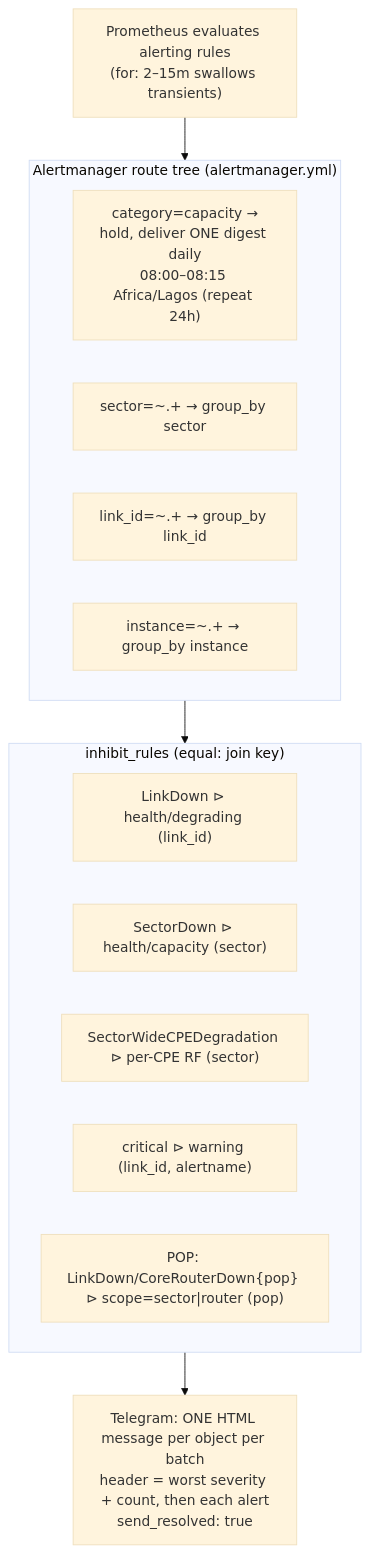
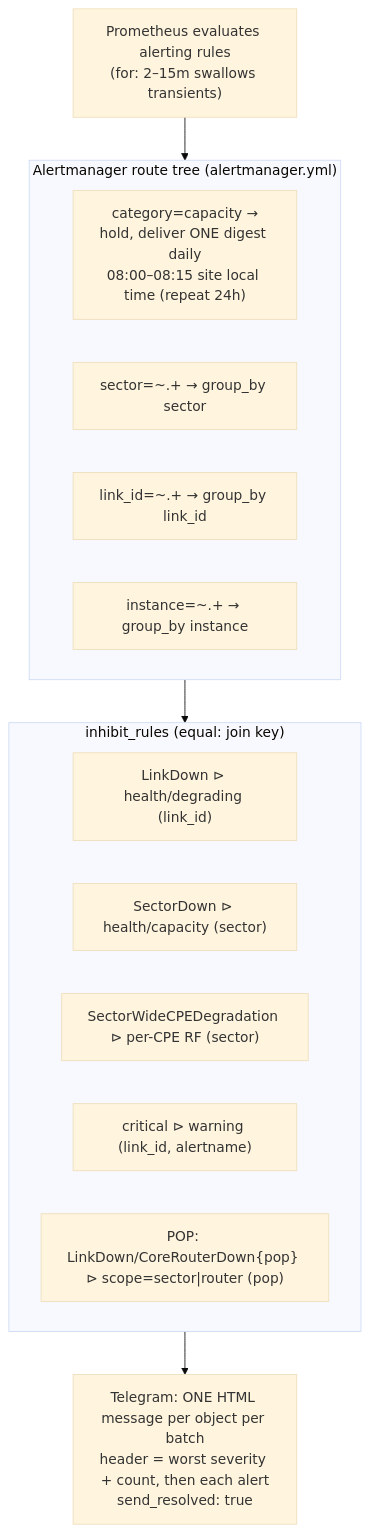
The fifth of 5 diagrams in docs/ARCHITECTURE.md (ValCee1/ISP-Observability-Platform), drawn with Mermaid (base theme) before and after one commit. The commit also changed other lines of this file and 19 other files, not shown here.

````diff
--- a/docs/ARCHITECTURE.md
+++ b/docs/ARCHITECTURE.md
@@ -232,25 +232,25 @@
 ```mermaid
 flowchart TB
     ev["Prometheus evaluates alerting rules<br/>(for: 2–15m swallows transients)"]
 
     subgraph amr["Alertmanager route tree (alertmanager.yml)"]
-        cap["category=capacity →<br/>hold, deliver ONE digest daily<br/>08:00–08:15 Africa/Lagos (repeat 24h)"]
+        cap["category=capacity →<br/>hold, deliver ONE digest daily<br/>08:00–08:15 site local time (repeat 24h)"]
         sec["sector=~.+ → group_by sector"]
         link["link_id=~.+ → group_by link_id"]
         rtr["instance=~.+ → group_by instance"]
     end
 
     subgraph inh["inhibit_rules (equal: join key)"]
         i1["LinkDown ⊳ health/degrading (link_id)"]
         i2["SectorDown ⊳ health/capacity (sector)"]
         i3["SectorWideCPEDegradation ⊳ per-CPE RF (sector)"]
         i4["critical ⊳ warning (link_id, alertname)"]
         i5["POP: LinkDown/CoreRouterDown{pop} ⊳ scope=sector|router (pop)"]
     end
 
     tg["Telegram: ONE HTML message per object per batch<br/>header = worst severity + count, then each alert<br/>send_resolved: true"]
 
     ev --> amr
     amr --> inh
     inh --> tg
 ```
````
